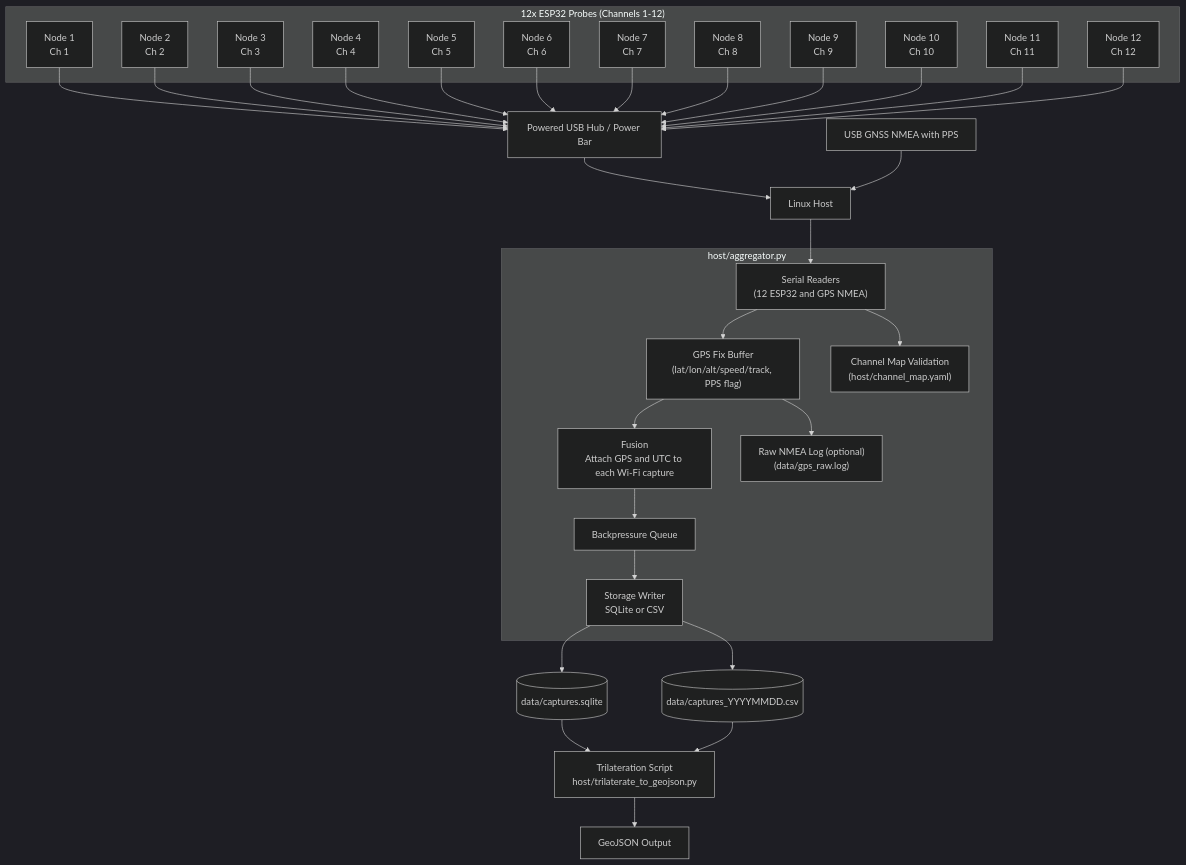
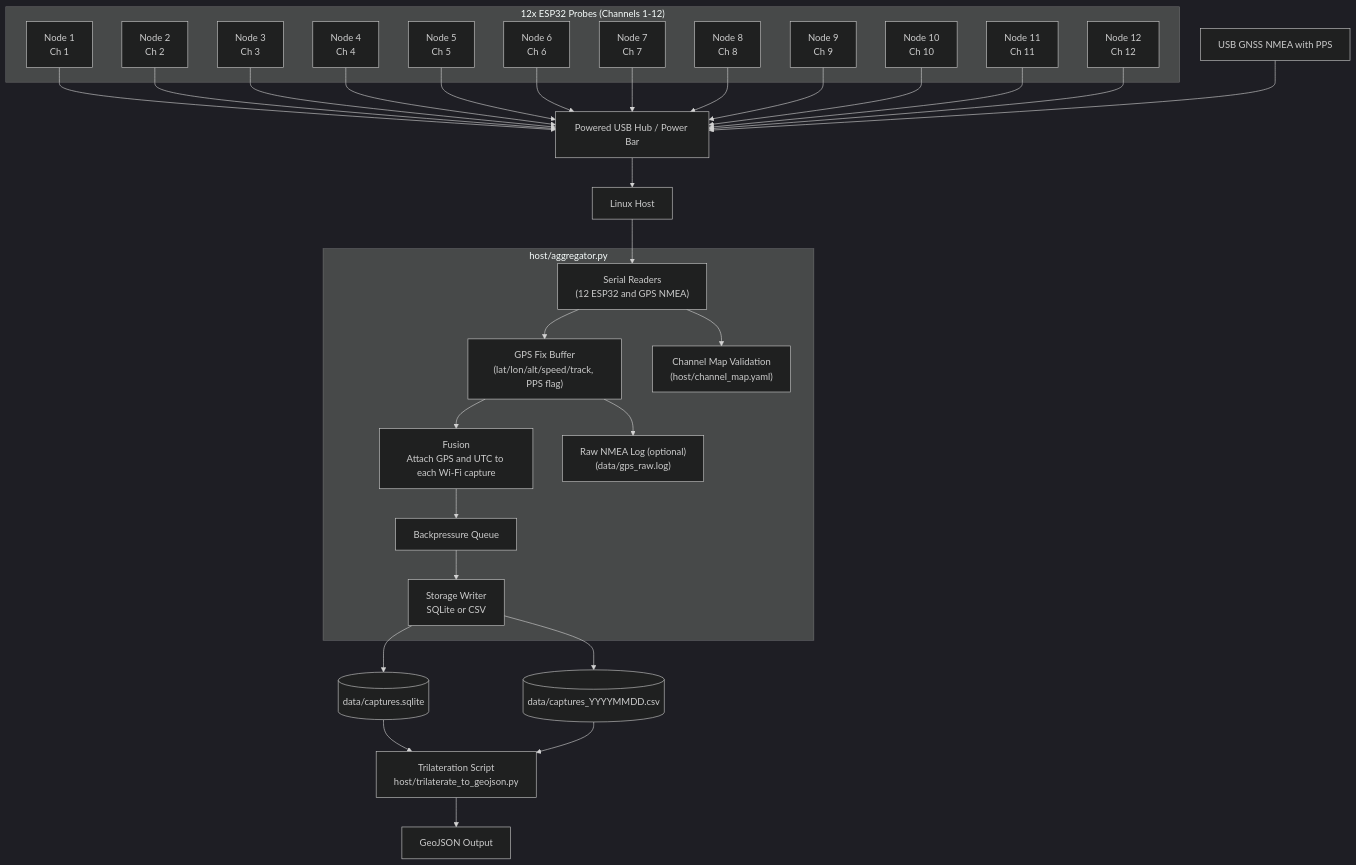
One commit to sbejarano/WiFi_Promiscuous changed the first of 2 diagrams in Readme.md. Above: the diagram before and after it, drawn with Mermaid (dark theme).

````diff
--- a/Readme.md
+++ b/Readme.md
@@ -39,67 +39,67 @@
 ```mermaid
 flowchart TB
     %% --- Probes ---
     subgraph ESP32_Probes["12x ESP32 Probes (Channels 1-12)"]
         P1["Node 1<br/>Ch 1"]
         P2["Node 2<br/>Ch 2"]
         P3["Node 3<br/>Ch 3"]
         P4["Node 4<br/>Ch 4"]
         P5["Node 5<br/>Ch 5"]
         P6["Node 6<br/>Ch 6"]
         P7["Node 7<br/>Ch 7"]
         P8["Node 8<br/>Ch 8"]
         P9["Node 9<br/>Ch 9"]
         P10["Node 10<br/>Ch 10"]
         P11["Node 11<br/>Ch 11"]
         P12["Node 12<br/>Ch 12"]
     end
 
     HUB[Powered USB Hub / Power Bar]
     HOST[Linux Host]
     G["USB GNSS NMEA with PPS"]
 
     P1 --> HUB
     P2 --> HUB
     P3 --> HUB
     P4 --> HUB
     P5 --> HUB
     P6 --> HUB
     P7 --> HUB
     P8 --> HUB
     P9 --> HUB
     P10 --> HUB
     P11 --> HUB
     P12 --> HUB
     HUB --> HOST
-    G --> HOST
+    G --> HUB
 
     %% --- Aggregator internals ---
     subgraph Aggregator["host/aggregator.py"]
         S1["Serial Readers<br/>(12 ESP32 and GPS NMEA)"]
         S2["GPS Fix Buffer<br/>(lat/lon/alt/speed/track, PPS flag)"]
         S3["Fusion<br/>Attach GPS and UTC to each Wi-Fi capture"]
         S4["Backpressure Queue"]
         S5["Storage Writer<br/>SQLite or CSV"]
         S6["Raw NMEA Log (optional)<br/>(data/gps_raw.log)"]
         S7["Channel Map Validation<br/>(host/channel_map.yaml)"]
     end
 
     HOST --> S1
     S1 --> S2
     S2 --> S3
     S3 --> S4
     S4 --> S5
     S2 --> S6
     S1 --> S7
 
     DB[(data/captures.sqlite)]
     CSV[(data/captures_YYYYMMDD.csv)]
     T[Trilateration Script<br/>host/trilaterate_to_geojson.py]
     GEO[GeoJSON Output]
 
     S5 --> DB
     S5 --> CSV
     DB --> T
     CSV --> T
     T --> GEO
 ```
````
